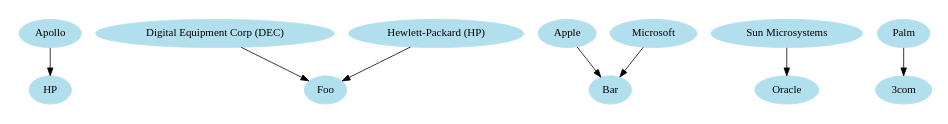
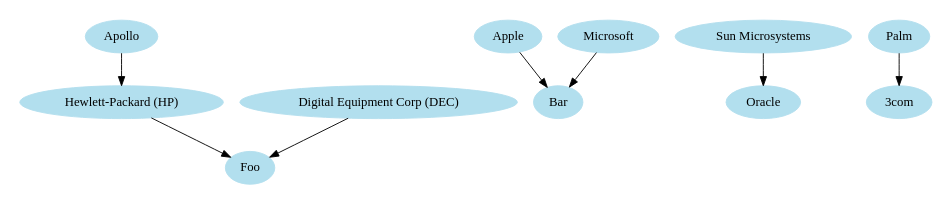
Before and after one commit to codejake/tech-companies-family-tree: the diagram in tech-companies.dot, drawn with Graphviz. The commit also changed 1 other file, not shown here.

```diff
--- a/tech-companies.dot
+++ b/tech-companies.dot
@@ -1,11 +1,11 @@
 digraph techcompanies {
     size="6,6";
     node [color=lightblue2, style=filled];
-    "Apollo" -> "HP"; /* Founded 1980, Acquired 1989 */
+    "Apollo" -> "Hewlett-Packard (HP)"; /* Founded 1980, Acquired 1989 */
     "Digital Equipment Corp (DEC)" -> "Foo";
     "Hewlett-Packard (HP)" -> "Foo";
     "Apple" -> "Bar";
     "Microsoft" -> "Bar";
     "Sun Microsystems" -> "Oracle";
     "Palm" -> "3com";
 }
```
